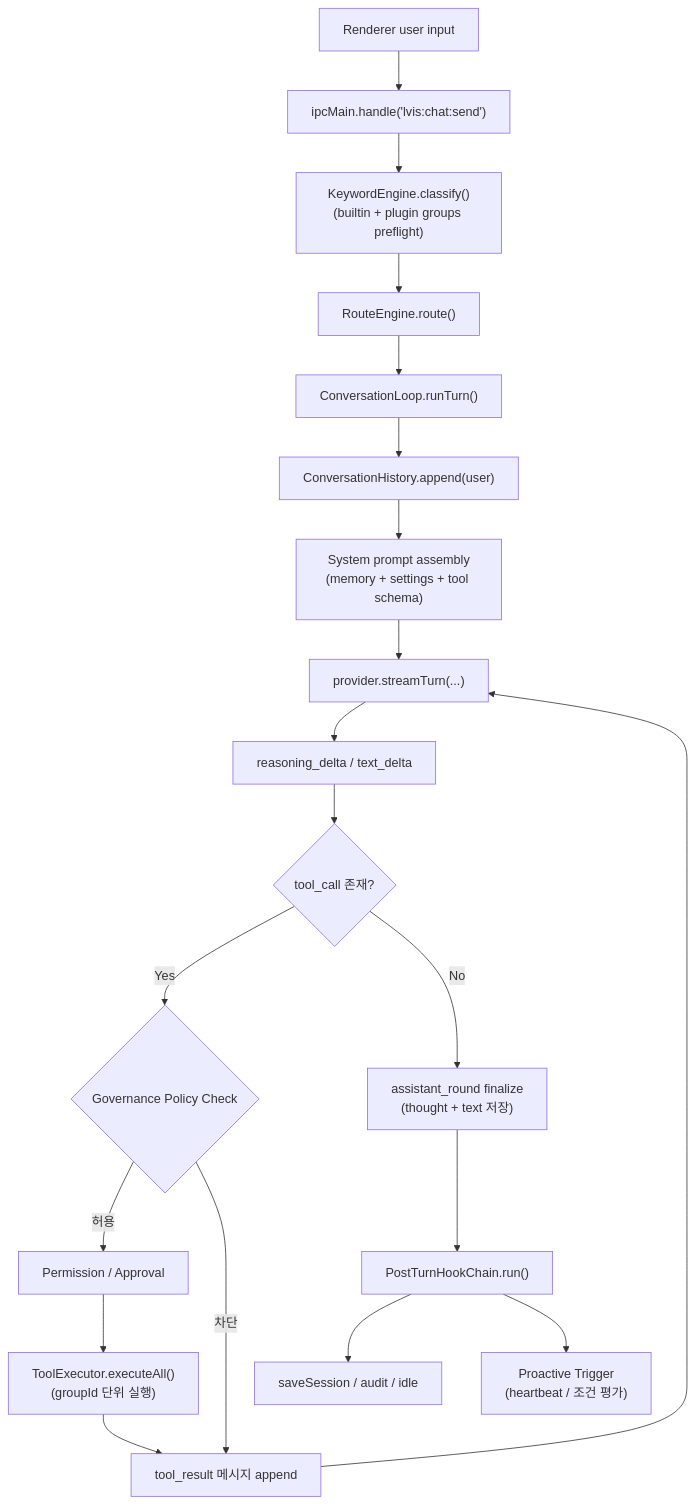
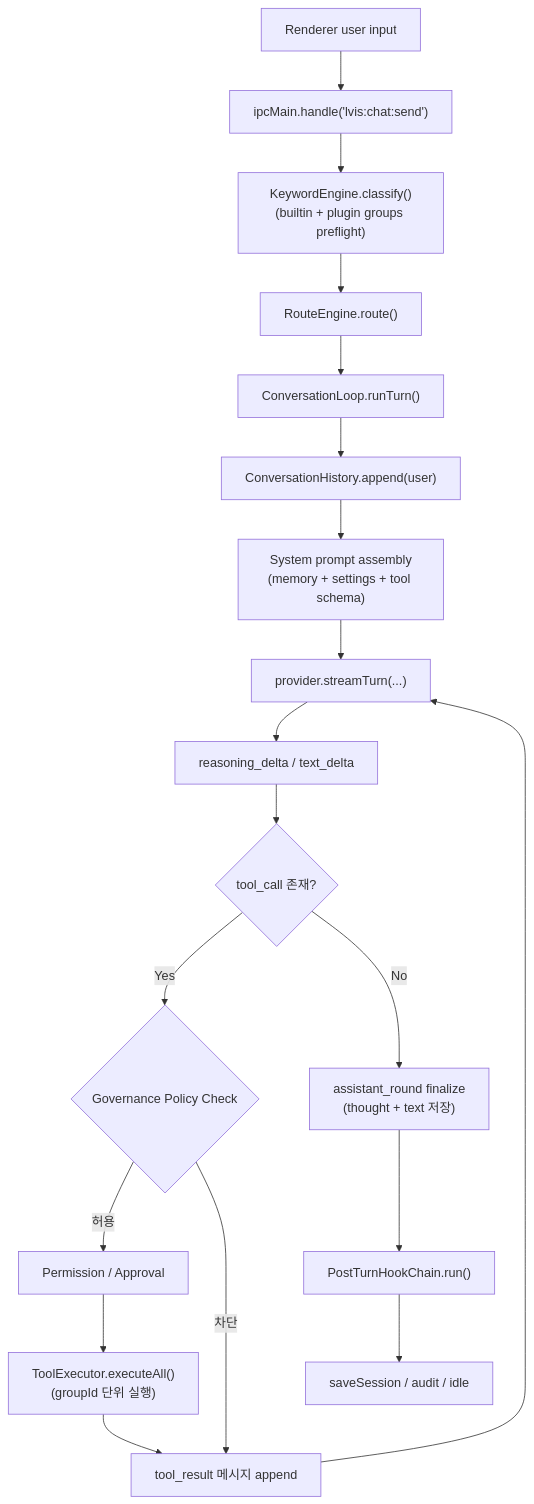
The ninth of 44 diagrams in docs/architecture/architecture.md (lvis-project/lvis-app), drawn with Mermaid before and after one commit. The commit also changed other lines of this file and 49 other files, not shown here.

````diff
--- a/docs/architecture/architecture.md
+++ b/docs/architecture/architecture.md
@@ -708,27 +705,25 @@
 ```mermaid
 flowchart TB
     USER["Renderer user input"]
     IPC["ipcMain.handle('lvis:chat:send')"]
     KEYWORD["KeywordEngine.classify()<br/>(builtin + plugin groups preflight)"]
     ROUTE["RouteEngine.route()"]
     LOOP["ConversationLoop.runTurn()"]
     HISTORY["ConversationHistory.append(user)"]
     PROMPT["System prompt assembly<br/>(memory + settings + tool schema)"]
     PROVIDER["provider.streamTurn(...)"]
     REASON["reasoning_delta / text_delta"]
     TOOL_CHECK{"tool_call 존재?"}
     POLICY_CHK{"Governance Policy Check"}
     PERM["Permission / Approval"]
     TOOL_EXEC["ToolExecutor.executeAll()<br/>(groupId 단위 실행)"]
     TOOL_RESULT["tool_result 메시지 append"]
     ROUND["assistant_round finalize<br/>(thought + text 저장)"]
     POST["PostTurnHookChain.run()"]
     SAVE["saveSession / audit / idle"]
-    PROACTIVE["Proactive Trigger<br/>(heartbeat / 조건 평가)"]
 
     USER --> IPC --> KEYWORD --> ROUTE --> LOOP --> HISTORY --> PROMPT --> PROVIDER --> REASON --> TOOL_CHECK
     TOOL_CHECK -->|"Yes"| POLICY_CHK -->|"허용"| PERM --> TOOL_EXEC --> TOOL_RESULT --> PROVIDER
     TOOL_CHECK -->|"No"| ROUND --> POST --> SAVE
-    POST --> PROACTIVE
     POLICY_CHK -->|"차단"| TOOL_RESULT
 ```
````
